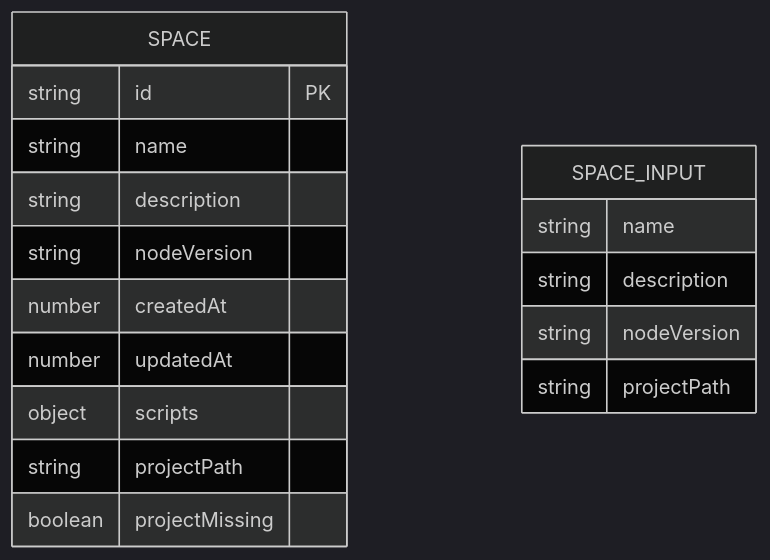
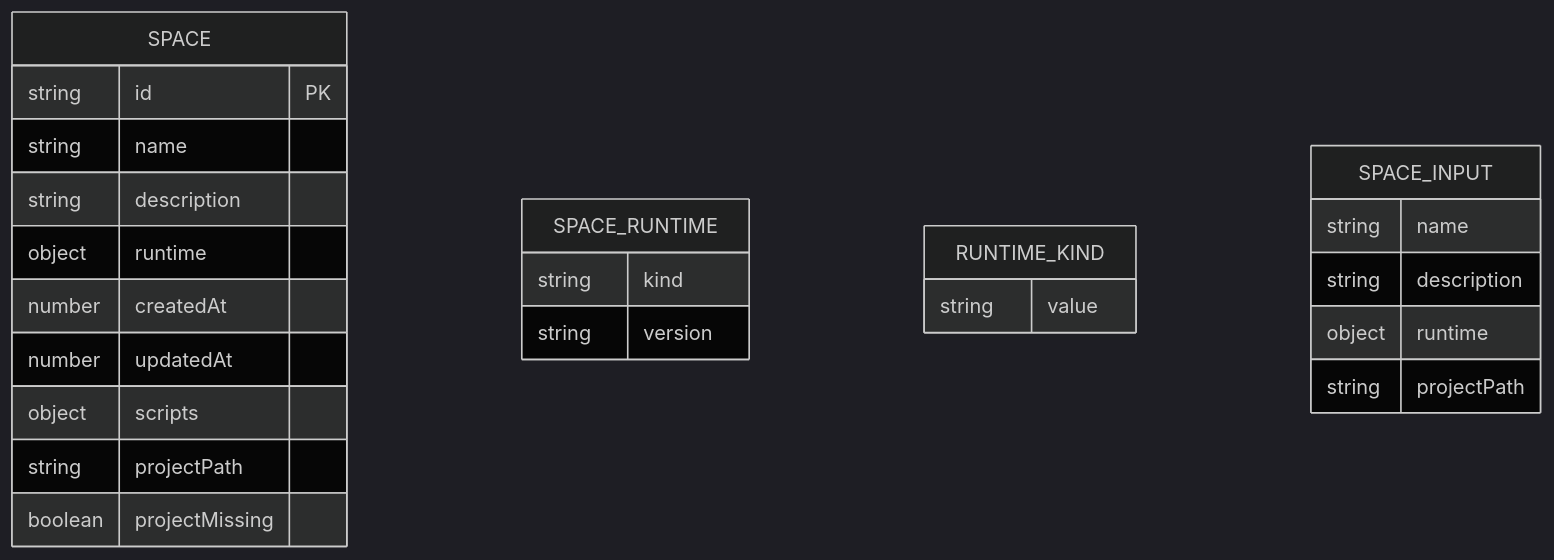
Before and after one commit to hozeeee/script-box: the seventh of 8 diagrams in .qoder/repowiki/zh/content/前端应用架构/页面组件/空间管理页面.md, drawn with Mermaid (dark theme). The commit also changed other lines of this file and 6 other files, not shown here.

````diff
--- a/.qoder/repowiki/zh/content/前端应用架构/页面组件/空间管理页面.md
+++ b/.qoder/repowiki/zh/content/前端应用架构/页面组件/空间管理页面.md
@@ -311,20 +266,27 @@
 ```mermaid
 erDiagram
 SPACE {
 string id PK
 string name
 string description
-string nodeVersion
+object runtime
 number createdAt
 number updatedAt
 object scripts
 string projectPath
 boolean projectMissing
 }
+SPACE_RUNTIME {
+string kind
+string version
+}
+RUNTIME_KIND {
+string value
+}
 SPACE_INPUT {
 string name
 string description
-string nodeVersion
+object runtime
 string projectPath
 }
 ```
````
